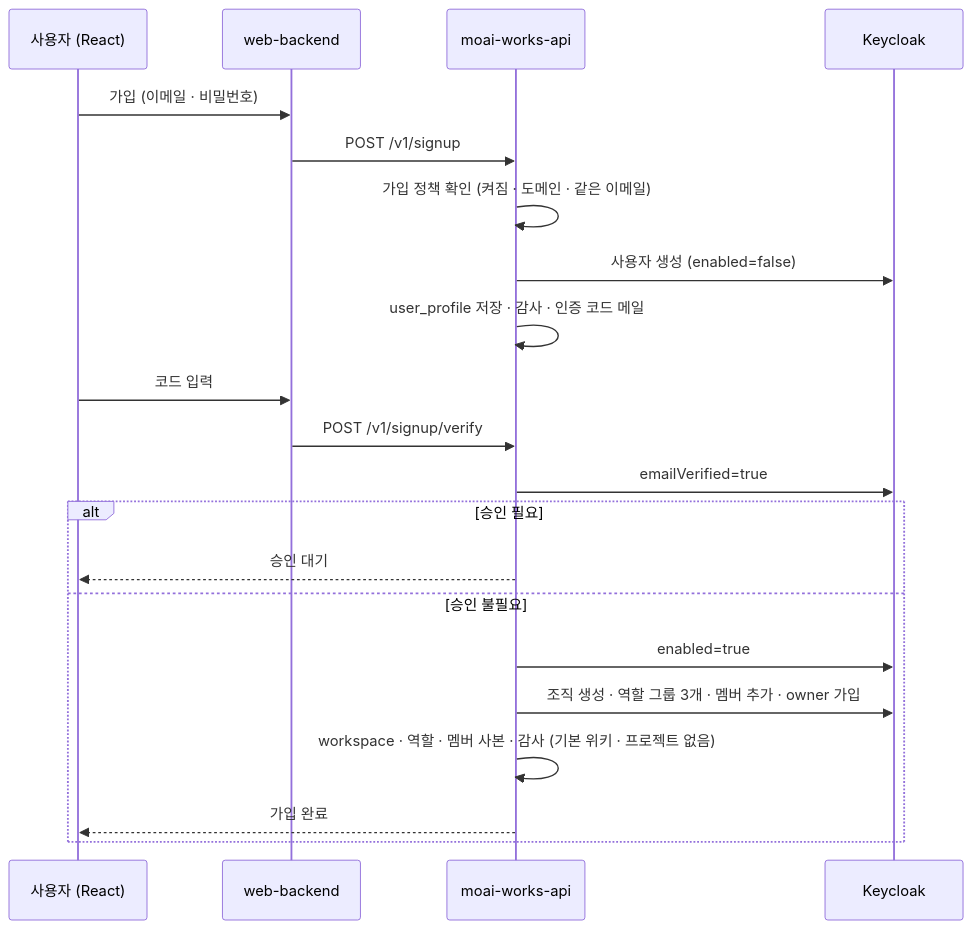
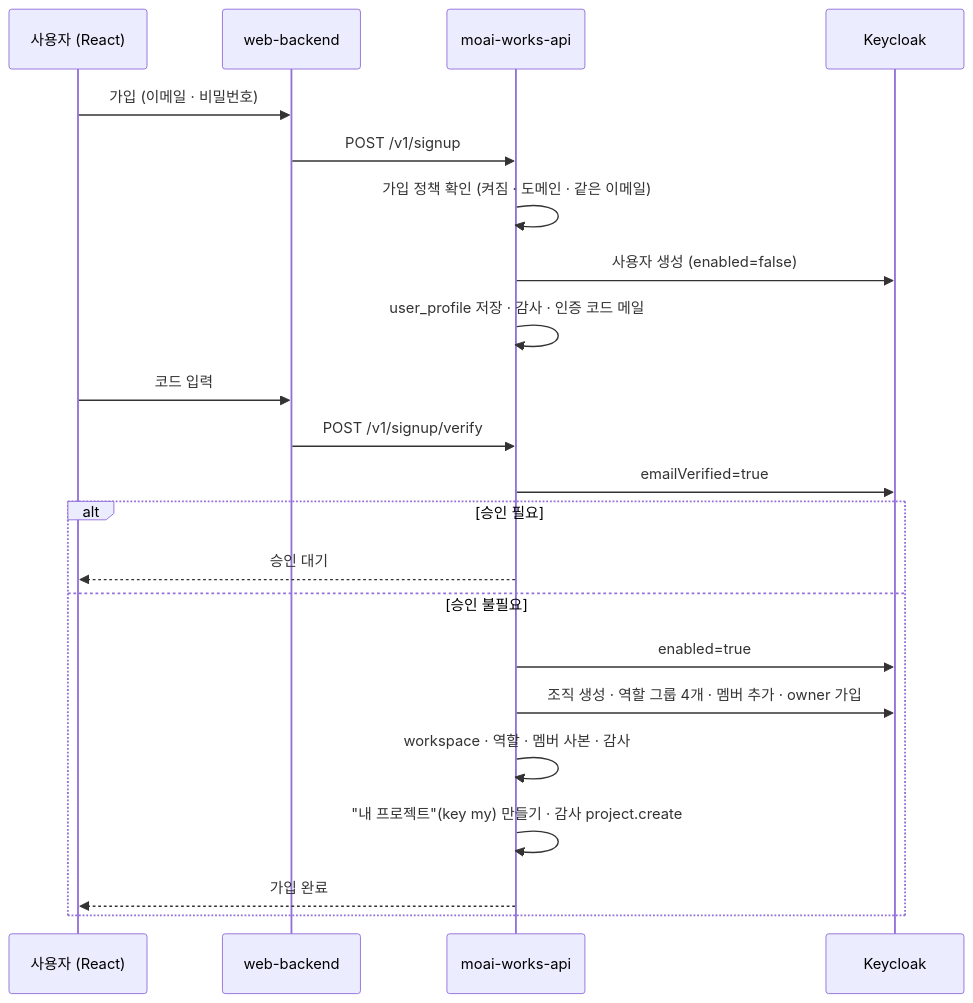
The third of 5 diagrams in docs/design/03-workspace-identity.md (Gnori/moai-works), drawn with Mermaid before and after one commit. The commit also changed other lines of this file and 59 other files, not shown here.

````diff
--- a/docs/design/03-workspace-identity.md
+++ b/docs/design/03-workspace-identity.md
@@ -562,23 +549,24 @@
 ```mermaid
 sequenceDiagram
     participant U as 사용자 (React)
     participant B as web-backend
     participant A as moai-works-api
     participant K as Keycloak
     U->>B: 가입 (이메일 · 비밀번호)
     B->>A: POST /v1/signup
     A->>A: 가입 정책 확인 (켜짐 · 도메인 · 같은 이메일)
     A->>K: 사용자 생성 (enabled=false)
     A->>A: user_profile 저장 · 감사 · 인증 코드 메일
     U->>B: 코드 입력
     B->>A: POST /v1/signup/verify
     A->>K: emailVerified=true
     alt 승인 필요
         A-->>U: 승인 대기
     else 승인 불필요
         A->>K: enabled=true
-        A->>K: 조직 생성 · 역할 그룹 3개 · 멤버 추가 · owner 가입
-        A->>A: workspace · 역할 · 멤버 사본 · 감사 (기본 위키 · 프로젝트 없음)
+        A->>K: 조직 생성 · 역할 그룹 4개 · 멤버 추가 · owner 가입
+        A->>A: workspace · 역할 · 멤버 사본 · 감사
+        A->>A: "내 프로젝트"(key my) 만들기 · 감사 project.create
         A-->>U: 가입 완료
     end
 ```
````
